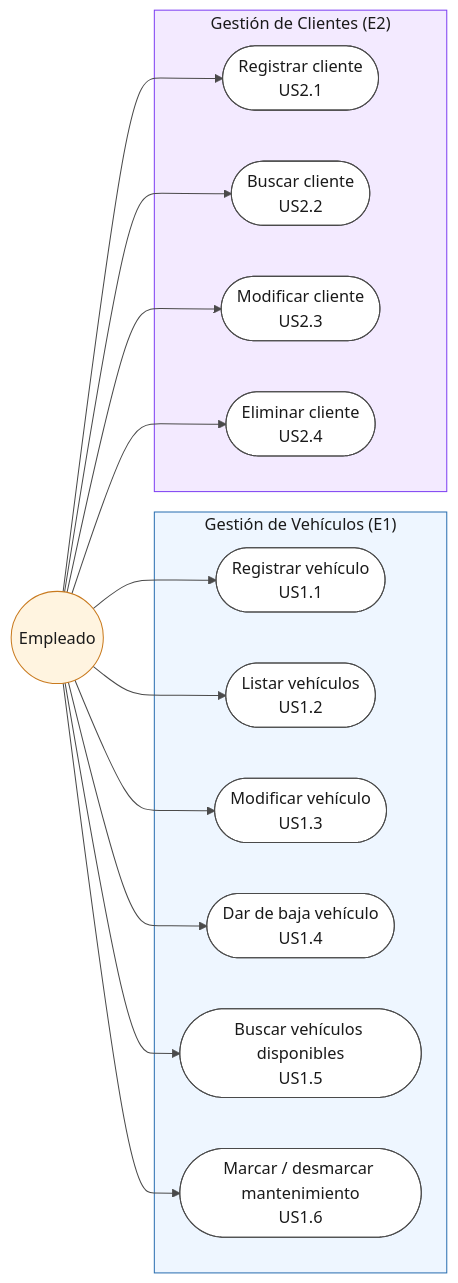
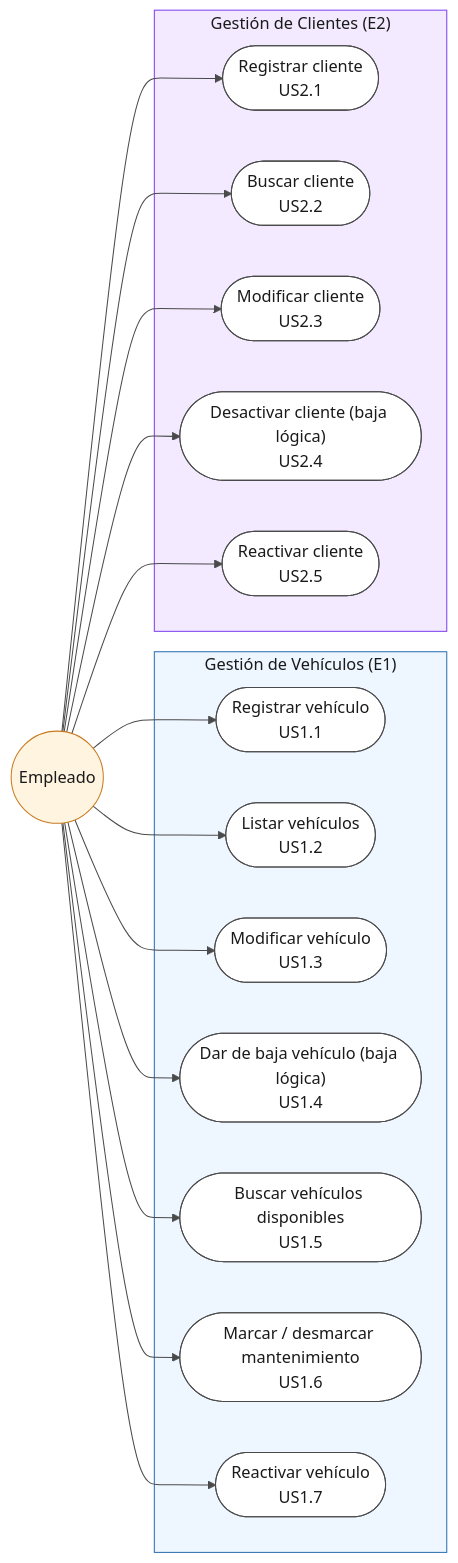
One commit to chaarlyez/Sistema_de_alquiler_de_veh-culos changed the diagram in docs/03-uml/fuentes/parte1-casos-de-uso-vehiculos-clientes.mmd. Above: the diagram before and after it, drawn with Mermaid. The commit also changed 8 other files, not shown here.

First line of the commit message:
docs(uml): modelar baja logica de vehiculos y clientes (parte 1)

```diff
--- a/docs/03-uml/fuentes/parte1-casos-de-uso-vehiculos-clientes.mmd
+++ b/docs/03-uml/fuentes/parte1-casos-de-uso-vehiculos-clientes.mmd
@@ -1,47 +1,51 @@
 %%{init: {'theme': 'base', 'themeVariables': {
   'background': '#ffffff',
   'primaryColor': '#ffffff',
   'primaryBorderColor': '#4a4a4a',
   'primaryTextColor': '#1a1a1a',
   'lineColor': '#4a4a4a',
   'textColor': '#1a1a1a',
   'clusterBkg': '#eef6ff',
   'clusterBorder': '#2a6fb0'
 }}}%%
 flowchart LR
     Empleado((Empleado))
 
     subgraph E1["Gestión de Vehículos (E1)"]
         UC1(["Registrar vehículo<br/>US1.1"])
         UC2(["Listar vehículos<br/>US1.2"])
         UC3(["Modificar vehículo<br/>US1.3"])
-        UC4(["Dar de baja vehículo<br/>US1.4"])
+        UC4(["Dar de baja vehículo (baja lógica)<br/>US1.4"])
         UC5(["Buscar vehículos disponibles<br/>US1.5"])
         UC6(["Marcar / desmarcar mantenimiento<br/>US1.6"])
+        UC11(["Reactivar vehículo<br/>US1.7"])
     end
 
     subgraph E2["Gestión de Clientes (E2)"]
         UC7(["Registrar cliente<br/>US2.1"])
         UC8(["Buscar cliente<br/>US2.2"])
         UC9(["Modificar cliente<br/>US2.3"])
-        UC10(["Eliminar cliente<br/>US2.4"])
+        UC10(["Desactivar cliente (baja lógica)<br/>US2.4"])
+        UC12(["Reactivar cliente<br/>US2.5"])
     end
 
     Empleado --> UC1
     Empleado --> UC2
     Empleado --> UC3
     Empleado --> UC4
     Empleado --> UC5
     Empleado --> UC6
     Empleado --> UC7
     Empleado --> UC8
     Empleado --> UC9
     Empleado --> UC10
+    Empleado --> UC11
+    Empleado --> UC12
 
     style E1 fill:#eef6ff,stroke:#2a6fb0,color:#1a1a1a
     style E2 fill:#f3eaff,stroke:#7e3ff2,color:#1a1a1a
 
     classDef actor fill:#fff4e0,stroke:#c97a1e,color:#1a1a1a
     classDef usecase fill:#ffffff,stroke:#4a4a4a,color:#1a1a1a
     class Empleado actor
-    class UC1,UC2,UC3,UC4,UC5,UC6,UC7,UC8,UC9,UC10 usecase
+    class UC1,UC2,UC3,UC4,UC5,UC6,UC7,UC8,UC9,UC10,UC11,UC12 usecase
```
